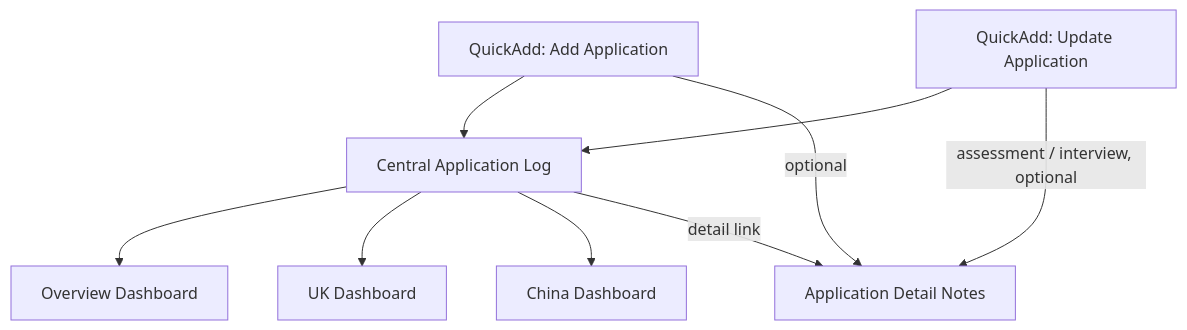
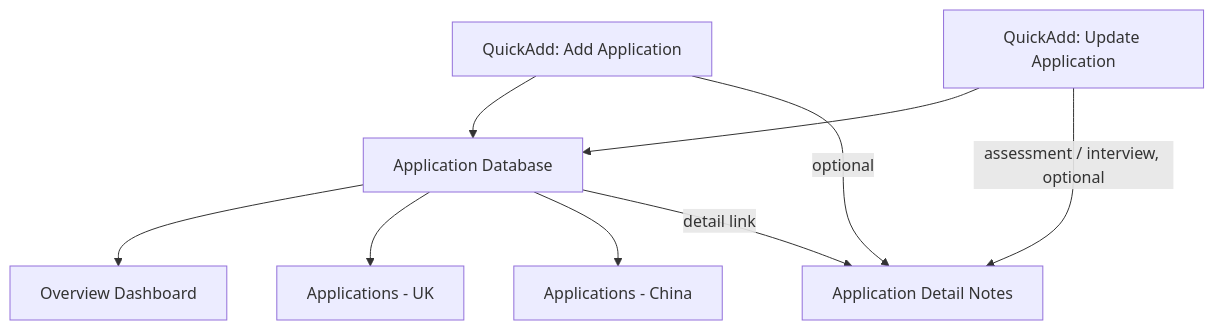
One commit to DGracy/obsidian-job-application-system changed the diagram in README.md. Above: the diagram before and after it, drawn with Mermaid. The commit also changed other lines of this file, not shown here.

Commit message:
Sync architecture diagram with current database and dashboard naming

````diff
--- a/README.md
+++ b/README.md
@@ -22,11 +22,11 @@
 ```mermaid
 flowchart TD
-    A[QuickAdd: Add Application] --> C[Central Application Log]
+    A[QuickAdd: Add Application] --> C[Application Database]
     B[QuickAdd: Update Application] --> C
     C --> D[Overview Dashboard]
-    C --> E[UK Dashboard]
-    C --> F[China Dashboard]
+    C --> E[Applications - UK]
+    C --> F[Applications - China]
     A -->|optional| G[Application Detail Notes]
     B -->|assessment / interview, optional| G
     C -->|detail link| G
 ```
````
